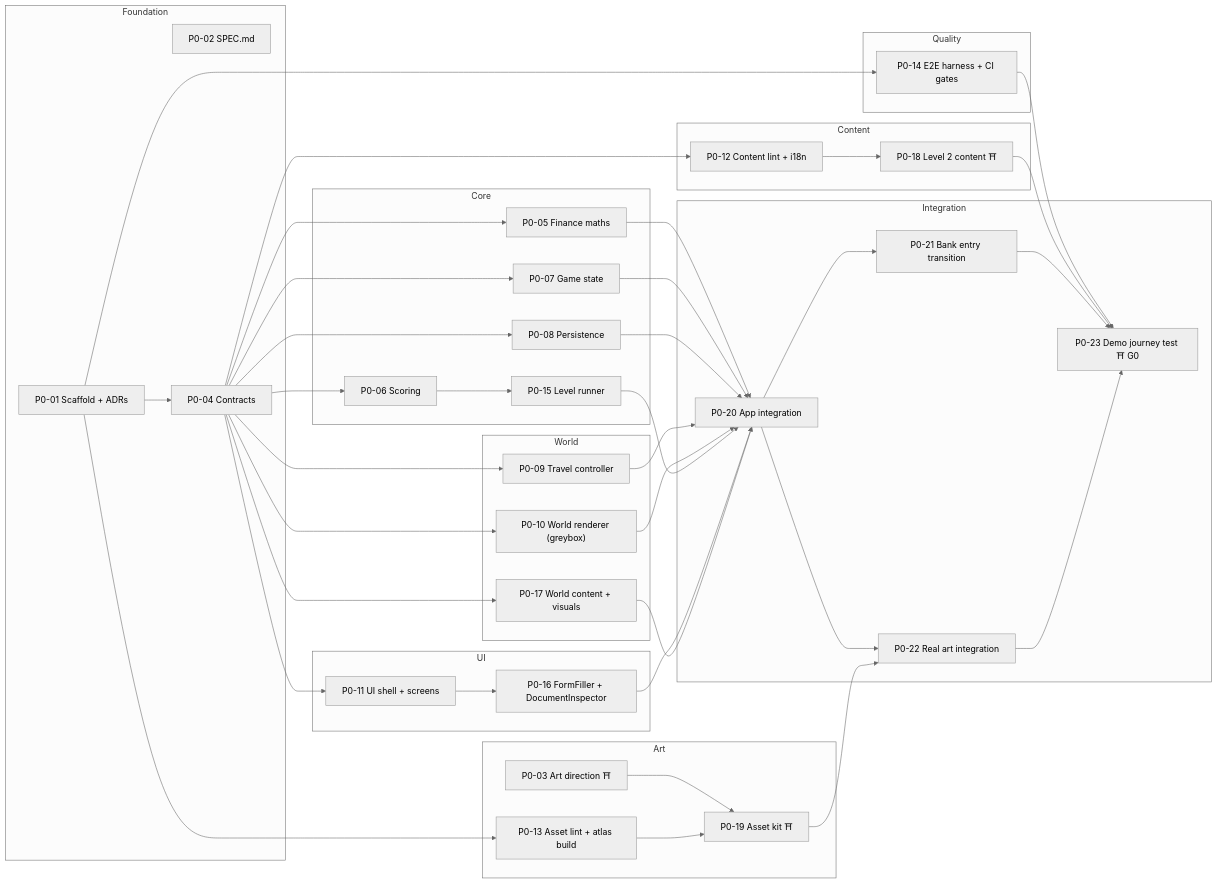
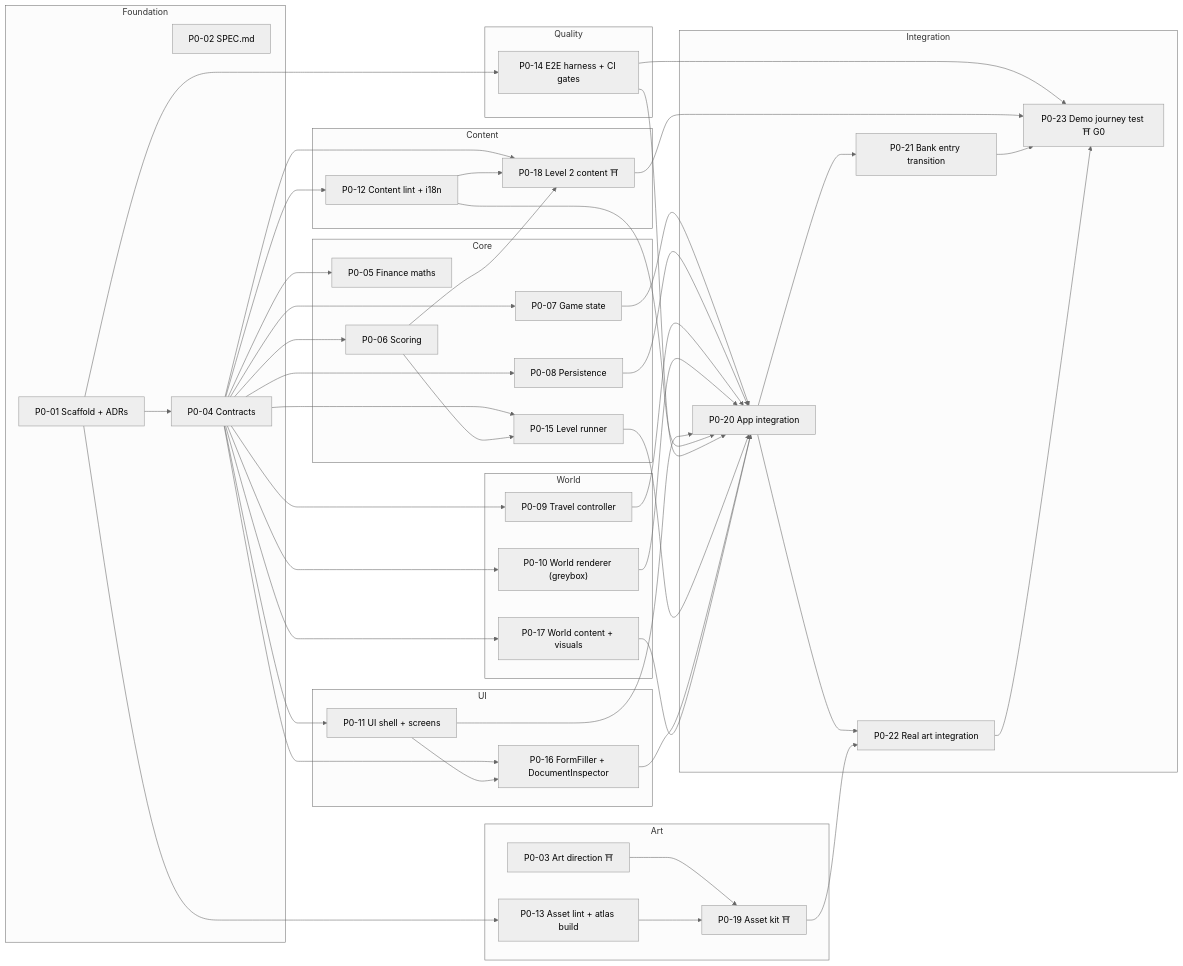
Before and after one commit to Megathon-Gs/life-of-rupee: the first of 2 diagrams in docs/tasks/README.md, drawn with Mermaid (neutral theme). The commit also changed other lines of this file and 10 other files, not shown here.

````diff
--- a/docs/tasks/README.md
+++ b/docs/tasks/README.md
@@ -17,57 +17,57 @@
 ```mermaid
 flowchart LR
   subgraph Foundation
     T01["P0-01 Scaffold + ADRs"]
     T02["P0-02 SPEC.md"]
     T04["P0-04 Contracts"]
   end
   subgraph Core
     T05["P0-05 Finance maths"]
     T06["P0-06 Scoring"]
     T07["P0-07 Game state"]
     T08["P0-08 Persistence"]
     T15["P0-15 Level runner"]
   end
   subgraph World
     T09["P0-09 Travel controller"]
     T10["P0-10 World renderer (greybox)"]
     T17["P0-17 World content + visuals"]
   end
   subgraph UI
     T11["P0-11 UI shell + screens"]
     T16["P0-16 FormFiller + DocumentInspector"]
   end
   subgraph Content
     T12["P0-12 Content lint + i18n"]
     T18["P0-18 Level 2 content ⛩"]
   end
   subgraph Art
     T03["P0-03 Art direction ⛩"]
     T13["P0-13 Asset lint + atlas build"]
     T19["P0-19 Asset kit ⛩"]
   end
   subgraph Quality
     T14["P0-14 E2E harness + CI gates"]
   end
   subgraph Integration
     T20["P0-20 App integration"]
     T21["P0-21 Bank entry transition"]
     T22["P0-22 Real art integration"]
     T23["P0-23 Demo journey test ⛩ G0"]
   end
 
   T01 --> T04
   T01 --> T13
   T01 --> T14
-  T04 --> T05 & T06 & T07 & T08 & T09 & T10 & T11 & T12 & T17
+  T04 --> T05 & T06 & T07 & T08 & T09 & T10 & T11 & T12 & T15 & T16 & T17 & T18
   T06 --> T15
   T11 --> T16
-  T12 --> T18
+  T06 & T12 --> T18
   T03 --> T19
   T13 --> T19
-  T05 & T07 & T08 & T09 & T10 & T15 & T16 & T17 --> T20
+  T07 & T08 & T09 & T10 & T11 & T12 & T14 & T15 & T16 & T17 --> T20
   T20 --> T21
   T20 --> T22
   T19 --> T22
   T14 & T18 & T21 & T22 --> T23
 ```
````
